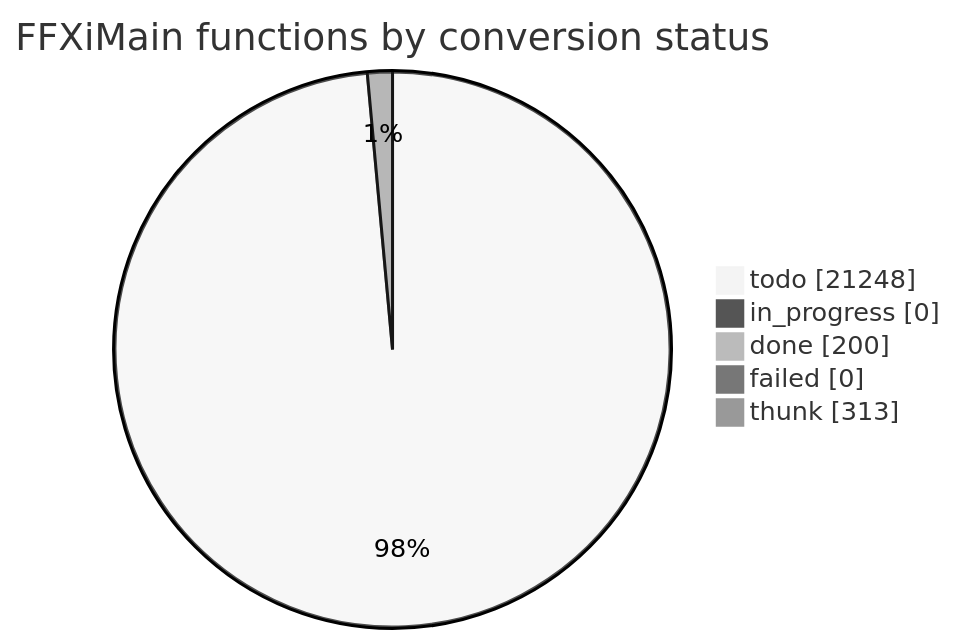
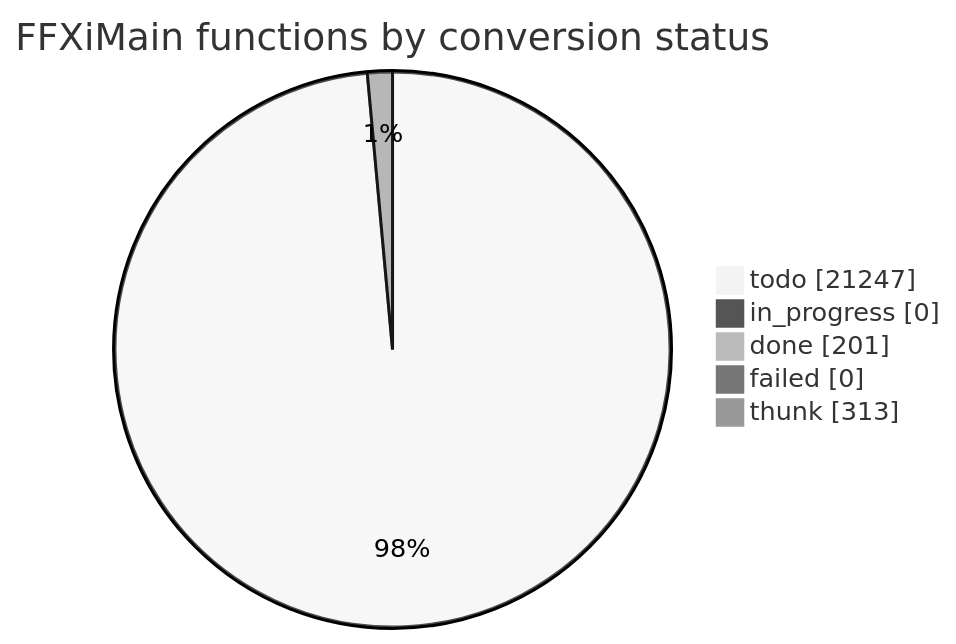
Before and after one commit to cowrevenge/cow_kuluu_xi_anything: the diagram in docs/cow/STATUS.md, drawn with Mermaid (neutral theme). The commit also changed other lines of this file and 9 other files, not shown here.

````diff
--- a/docs/cow/STATUS.md
+++ b/docs/cow/STATUS.md
@@ -18,9 +18,9 @@
 ```mermaid
 pie showData
     title FFXiMain functions by conversion status
-    "todo" : 21248
+    "todo" : 21247
     "in_progress" : 0
-    "done" : 200
+    "done" : 201
     "failed" : 0
     "thunk" : 313
 ```
````
